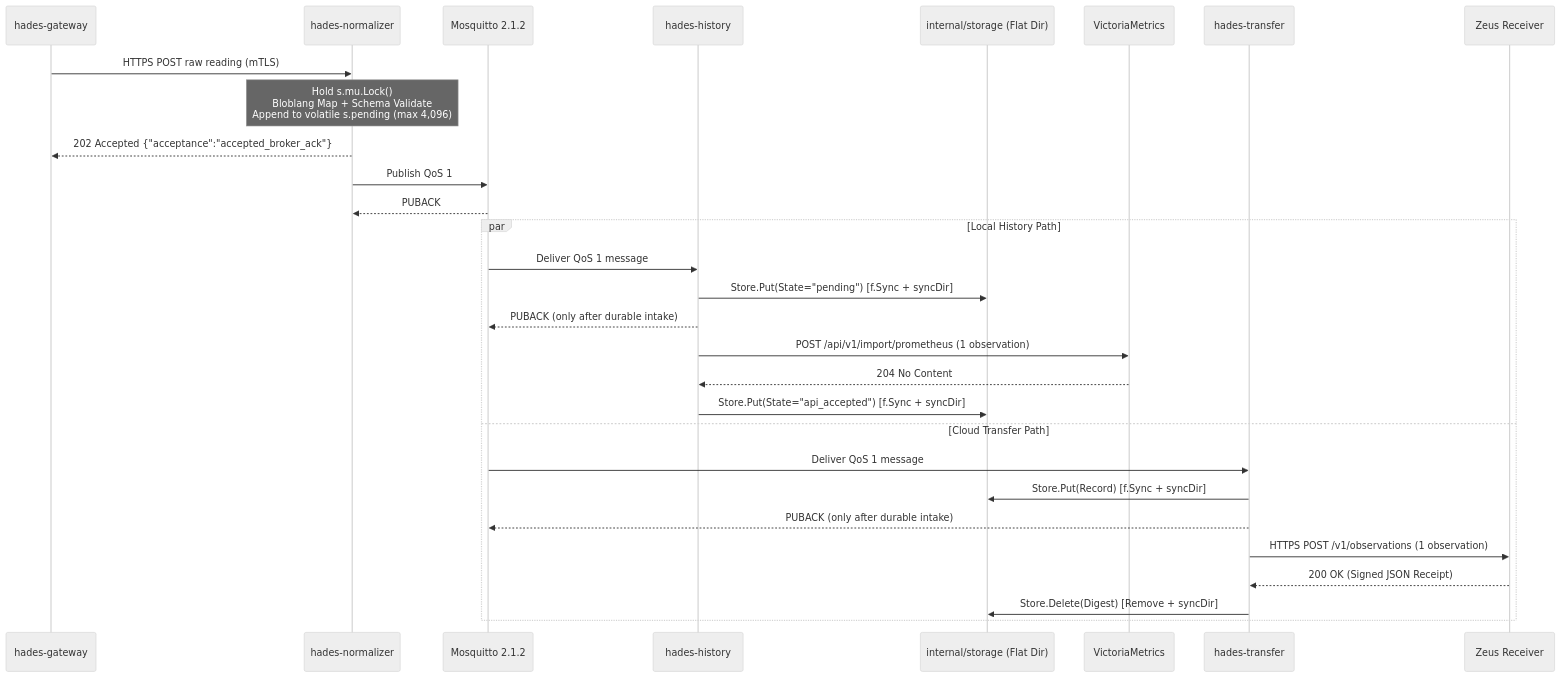
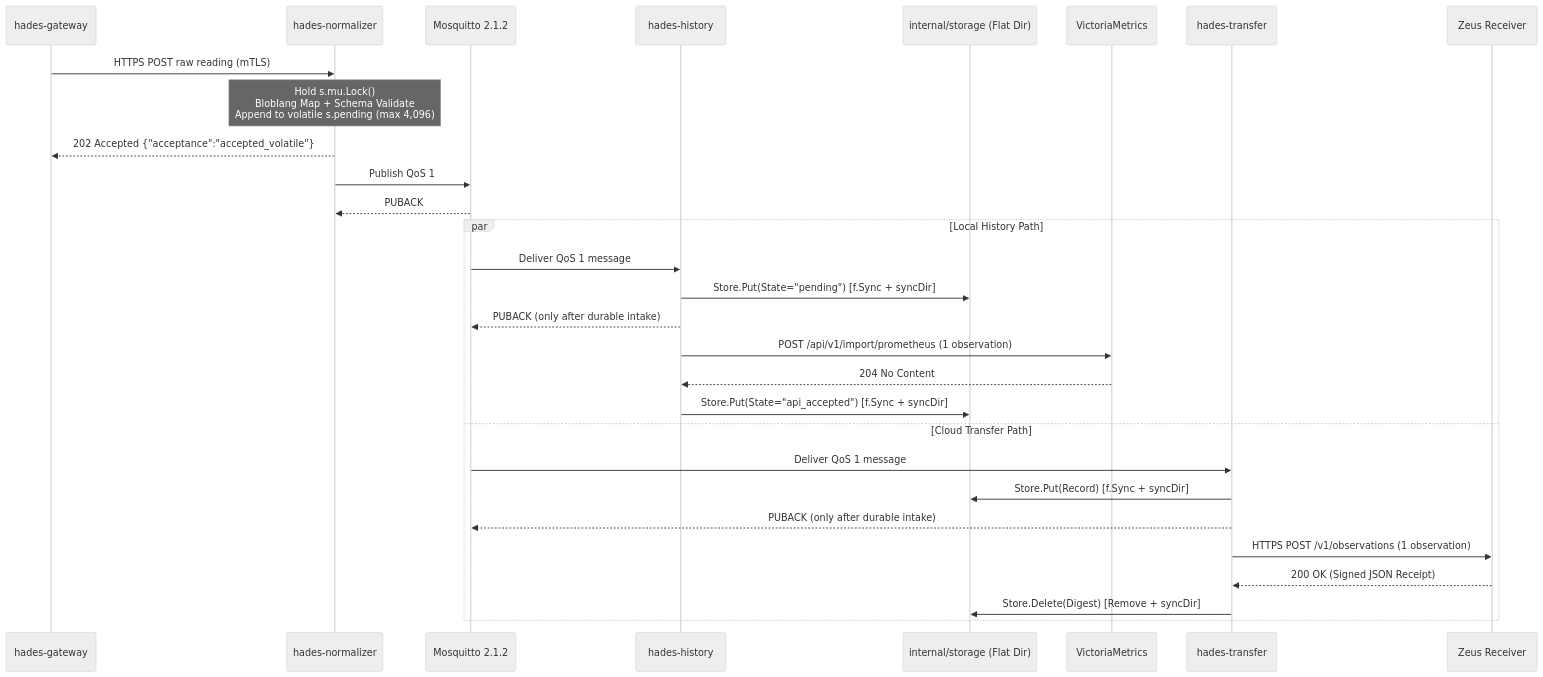
The second of 8 diagrams in docs/architecture-design-specification.md (openump/Hades), drawn with Mermaid (neutral theme) before and after one commit. The commit also changed other lines of this file and 2 other files, not shown here.

````diff
--- a/docs/architecture-design-specification.md
+++ b/docs/architecture-design-specification.md
@@ -116,32 +116,32 @@
 ```mermaid
 sequenceDiagram
     participant GW as hades-gateway
     participant NORM as hades-normalizer
     participant MQTT as Mosquitto 2.1.2
     participant HIST as hades-history
     participant DISK as internal/storage (Flat Dir)
     participant VM as VictoriaMetrics
     participant XFER as hades-transfer
     participant ZEUS as Zeus Receiver
 
     GW->>NORM: HTTPS POST raw reading (mTLS)
     Note over NORM: Hold s.mu.Lock()<br/>Bloblang Map + Schema Validate<br/>Append to volatile s.pending (max 4,096)
-    NORM-->>GW: 202 Accepted {"acceptance":"accepted_broker_ack"}
+    NORM-->>GW: 202 Accepted {"acceptance":"accepted_volatile"}
     NORM->>MQTT: Publish QoS 1
     MQTT-->>NORM: PUBACK
     par Local History Path
         MQTT->>HIST: Deliver QoS 1 message
         HIST->>DISK: Store.Put(State="pending") [f.Sync + syncDir]
         HIST-->>MQTT: PUBACK (only after durable intake)
         HIST->>VM: POST /api/v1/import/prometheus (1 observation)
         VM-->>HIST: 204 No Content
         HIST->>DISK: Store.Put(State="api_accepted") [f.Sync + syncDir]
     and Cloud Transfer Path
         MQTT->>XFER: Deliver QoS 1 message
         XFER->>DISK: Store.Put(Record) [f.Sync + syncDir]
         XFER-->>MQTT: PUBACK (only after durable intake)
         XFER->>ZEUS: HTTPS POST /v1/observations (1 observation)
         ZEUS-->>XFER: 200 OK (Signed JSON Receipt)
         XFER->>DISK: Store.Delete(Digest) [Remove + syncDir]
     end
 ```
````
